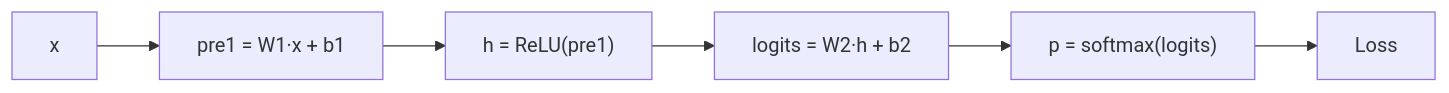
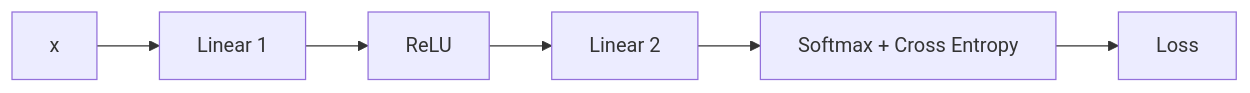
Before and after one commit to AI-learning-simple/Build-Your-Own-LLM: the first of 2 diagrams in 1. LLM基础/7.1 实现反向传播——从 Loss 到参数梯度.md, drawn with Mermaid. The commit also changed other lines of this file and 31 other files, not shown here.

````diff
--- a/1. LLM基础/7.1 实现反向传播——从 Loss 到参数梯度.md
+++ b/1. LLM基础/7.1 实现反向传播——从 Loss 到参数梯度.md
@@ -25,4 +25,4 @@
 ```mermaid
 flowchart LR
-    x --> L1["pre1 = W1·x + b1"] --> R["h = ReLU(pre1)"] --> L2["logits = W2·h + b2"] --> S["p = softmax(logits)"] --> Loss
+    x --> L1["Linear 1"] --> R["ReLU"] --> L2["Linear 2"] --> S["Softmax + Cross Entropy"] --> Loss
 ```
````
